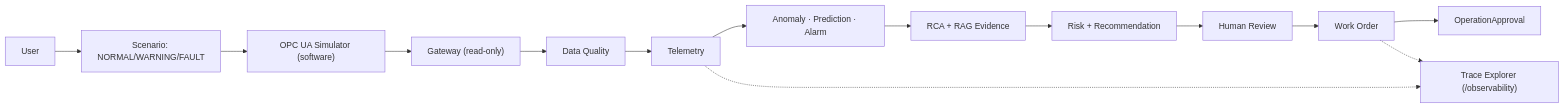
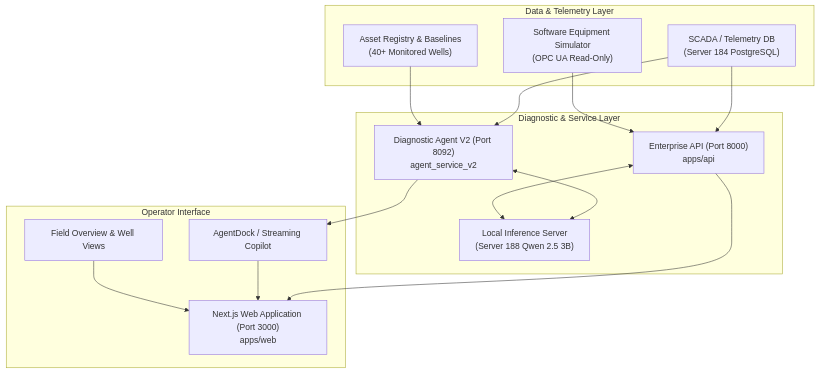
Before and after one commit to AJ6002/esp-agent-v2: the diagram in README.md, drawn with Mermaid. The commit also changed other lines of this file and 2 other files, not shown here.

First line of the commit message:
docs: overhaul root and agent service READMEs in English and document required environment variables

````diff
--- a/README.md
+++ b/README.md
@@ -47,16 +21,31 @@
 ```mermaid
-flowchart LR
-    U["User"] --> S["Scenario: NORMAL/WARNING/FAULT"]
-    S --> Sim["OPC UA Simulator (software)"]
-    Sim --> GW["Gateway (read-only)"]
-    GW --> Q["Data Quality"]
-    Q --> T["Telemetry"]
-    T --> AI["Anomaly · Prediction · Alarm"]
-    AI --> RCA["RCA + RAG Evidence"]
-    RCA --> R["Risk + Recommendation"]
-    R --> HR["Human Review"]
-    HR --> WO["Work Order"]
-    WO --> AP["OperationApproval"]
-    T -.-> TR["Trace Explorer (/observability)"]
-    WO -.-> TR
+flowchart TB
+    subgraph DataLayer["Data & Telemetry Layer"]
+        SCADA["SCADA / Telemetry DB\n(Server 184 PostgreSQL)"]
+        Simulator["Software Equipment Simulator\n(OPC UA Read-Only)"]
+        Registry["Asset Registry & Baselines\n(40+ Monitored Wells)"]
+    end
+
+    subgraph ServiceLayer["Diagnostic & Service Layer"]
+        API["Enterprise API (Port 8000)\napps/api"]
+        Agent["Diagnostic Agent V2 (Port 8092)\nagent_service_v2"]
+        LLM["Local Inference Server\n(Server 188 Qwen 2.5 3B)"]
+    end
+
+    subgraph UILayer["Operator Interface"]
+        Web["Next.js Web Application (Port 3000)\napps/web"]
+        Dock["AgentDock / Streaming Copilot"]
+        Dashboard["Field Overview & Well Views"]
+    end
+
+    SCADA --> Agent
+    SCADA --> API
+    Simulator --> API
+    Registry --> Agent
+    Agent <--> LLM
+    API <--> LLM
+    Agent --> Dock
+    API --> Web
+    Dock --> Web
+    Dashboard --> Web
 ```
````
